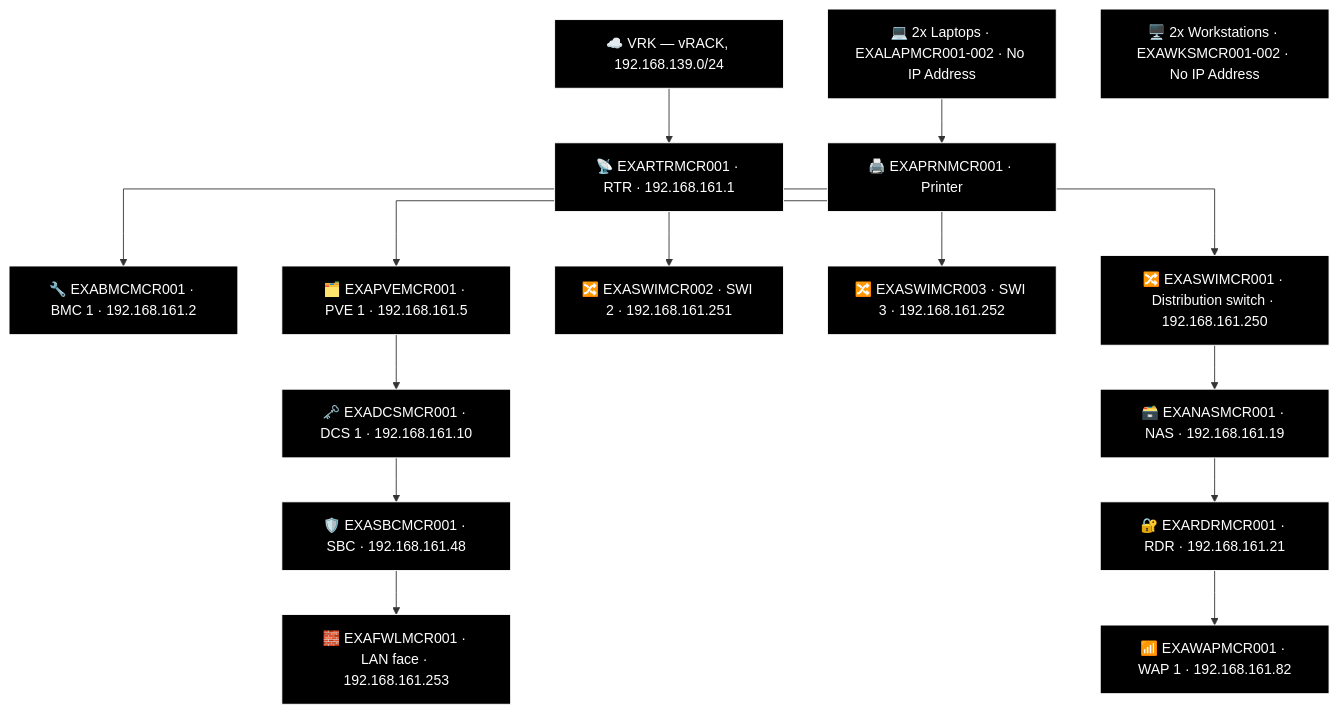
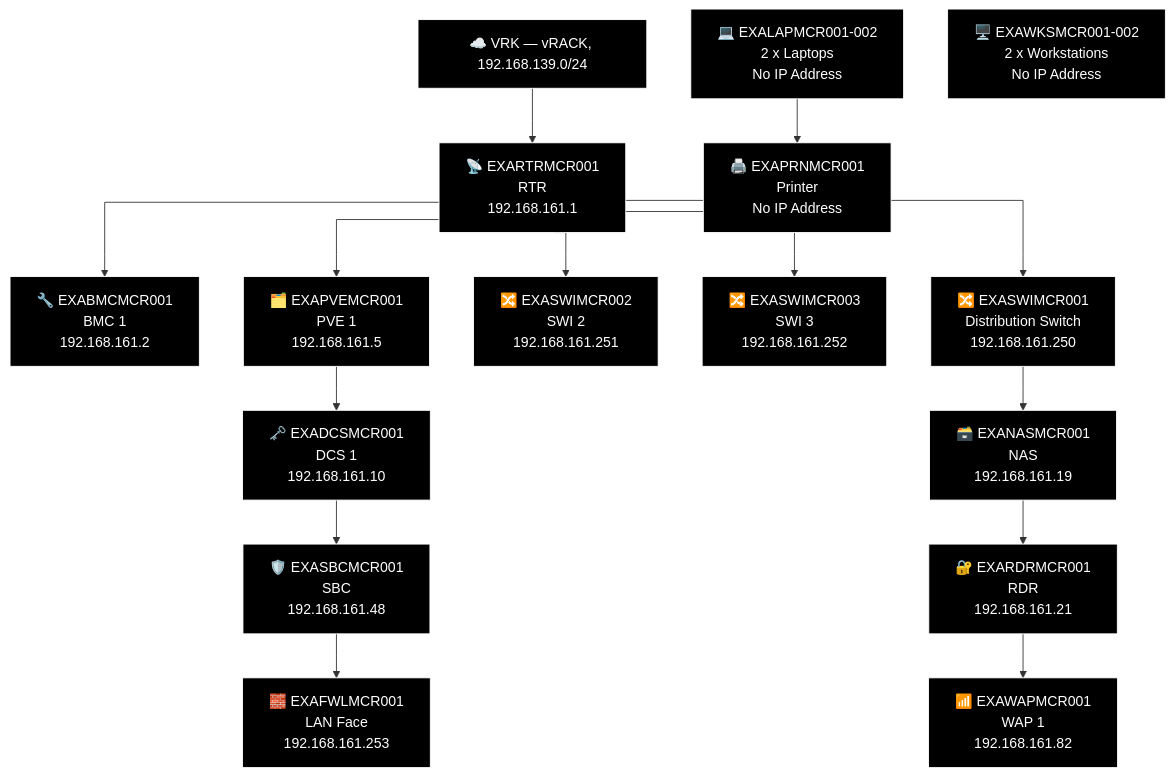
One commit to knightmare2600/example_music_infra changed the sixth of 18 diagrams in docs/network-diagram/england.md. Above: the diagram before and after it, drawn with Mermaid. The commit also changed other lines of this file and 18 other files, not shown here.

````diff
--- a/docs/network-diagram/england.md
+++ b/docs/network-diagram/england.md
@@ -258,47 +258,47 @@
 ```mermaid
 %% GENERATED:TOPOLOGY:MCR:START
 %%{init: {'flowchart': {'curve': 'stepAfter'}}}%%
 graph TD
     T_VRK["☁️ VRK — vRACK, 192.168.139.0/24"]
-    T_RTR["📡 EXARTRMCR001 · RTR · 192.168.161.1"]
+    T_RTR["📡 EXARTRMCR001<br/>RTR<br/>192.168.161.1"]
     T_VRK --> T_RTR
-    T_BMC["🔧 EXABMCMCR001 · BMC 1 · 192.168.161.2"]
+    T_BMC["🔧 EXABMCMCR001<br/>BMC 1<br/>192.168.161.2"]
     T_RTR --> T_BMC
-    T_PVE["🗂️ EXAPVEMCR001 · PVE 1 · 192.168.161.5"]
+    T_PVE["🗂️ EXAPVEMCR001<br/>PVE 1<br/>192.168.161.5"]
     T_RTR --> T_PVE
-    T_SWI["🔀 EXASWIMCR002 · SWI 2 · 192.168.161.251"]
+    T_SWI["🔀 EXASWIMCR002<br/>SWI 2<br/>192.168.161.251"]
     T_RTR --> T_SWI
-    T_SWI2["🔀 EXASWIMCR003 · SWI 3 · 192.168.161.252"]
+    T_SWI2["🔀 EXASWIMCR003<br/>SWI 3<br/>192.168.161.252"]
     T_RTR --> T_SWI2
-    T_SWI3["🔀 EXASWIMCR001 · Distribution switch · 192.168.161.250"]
+    T_SWI3["🔀 EXASWIMCR001<br/>Distribution Switch<br/>192.168.161.250"]
     T_RTR --> T_SWI3
-    T_NAS["🗃️ EXANASMCR001 · NAS · 192.168.161.19"]
-    T_RDR["🔐 EXARDRMCR001 · RDR · 192.168.161.21"]
-    T_WAP["📶 EXAWAPMCR001 · WAP 1 · 192.168.161.82"]
+    T_NAS["🗃️ EXANASMCR001<br/>NAS<br/>192.168.161.19"]
+    T_RDR["🔐 EXARDRMCR001<br/>RDR<br/>192.168.161.21"]
+    T_WAP["📶 EXAWAPMCR001<br/>WAP 1<br/>192.168.161.82"]
     T_SWI3 --> T_NAS --> T_RDR --> T_WAP
-    T_DCS["🗝️ EXADCSMCR001 · DCS 1 · 192.168.161.10"]
-    T_SBC["🛡️ EXASBCMCR001 · SBC · 192.168.161.48"]
-    T_FWL["🧱 EXAFWLMCR001 · LAN face · 192.168.161.253"]
+    T_DCS["🗝️ EXADCSMCR001<br/>DCS 1<br/>192.168.161.10"]
+    T_SBC["🛡️ EXASBCMCR001<br/>SBC<br/>192.168.161.48"]
+    T_FWL["🧱 EXAFWLMCR001<br/>LAN Face<br/>192.168.161.253"]
     T_PVE --> T_DCS --> T_SBC --> T_FWL
-    T_OTH_LAP["💻 2x Laptops · EXALAPMCR001-002 · No IP Address"]
-    T_OTH_WKS["🖥️ 2x Workstations · EXAWKSMCR001-002 · No IP Address"]
-    T_PRN["🖨️ EXAPRNMCR001 · Printer"]
+    T_OTH_LAP["💻 EXALAPMCR001-002<br/>2 x Laptops<br/>No IP Address"]
+    T_OTH_WKS["🖥️ EXAWKSMCR001-002<br/>2 x Workstations<br/>No IP Address"]
+    T_PRN["🖨️ EXAPRNMCR001<br/>Printer<br/>No IP Address"]
     T_OTH_LAP --> T_PRN
     style T_VRK fill:#000000,stroke:#FFFFFF,color:#FFFFFF
     style T_RTR fill:#000000,stroke:#FFFFFF,color:#FFFFFF
     style T_BMC fill:#000000,stroke:#FFFFFF,color:#FFFFFF
     style T_PVE fill:#000000,stroke:#FFFFFF,color:#FFFFFF
     style T_SWI fill:#000000,stroke:#FFFFFF,color:#FFFFFF
     style T_SWI2 fill:#000000,stroke:#FFFFFF,color:#FFFFFF
     style T_SWI3 fill:#000000,stroke:#FFFFFF,color:#FFFFFF
     style T_NAS fill:#000000,stroke:#FFFFFF,color:#FFFFFF
     style T_RDR fill:#000000,stroke:#FFFFFF,color:#FFFFFF
     style T_WAP fill:#000000,stroke:#FFFFFF,color:#FFFFFF
     style T_DCS fill:#000000,stroke:#FFFFFF,color:#FFFFFF
     style T_SBC fill:#000000,stroke:#FFFFFF,color:#FFFFFF
     style T_FWL fill:#000000,stroke:#FFFFFF,color:#FFFFFF
     style T_OTH_LAP fill:#000000,stroke:#FFFFFF,color:#FFFFFF
     style T_OTH_WKS fill:#000000,stroke:#FFFFFF,color:#FFFFFF
     style T_PRN fill:#000000,stroke:#FFFFFF,color:#FFFFFF
 %% GENERATED:TOPOLOGY:MCR:END
 ```
````
